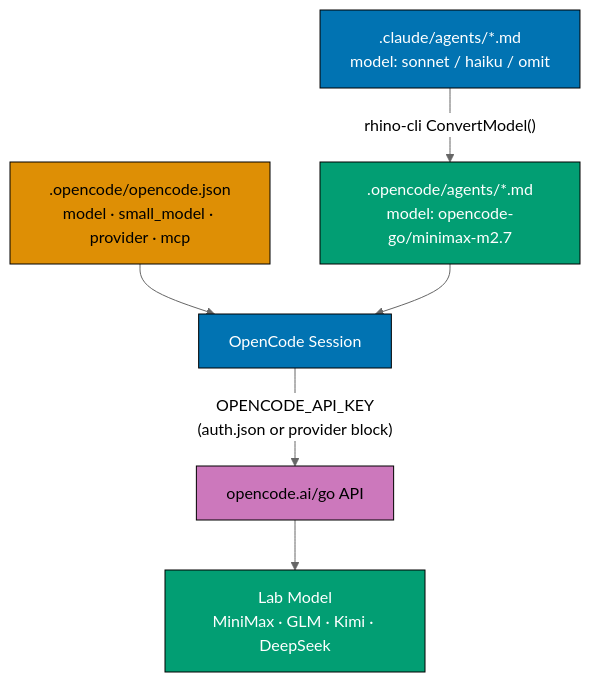
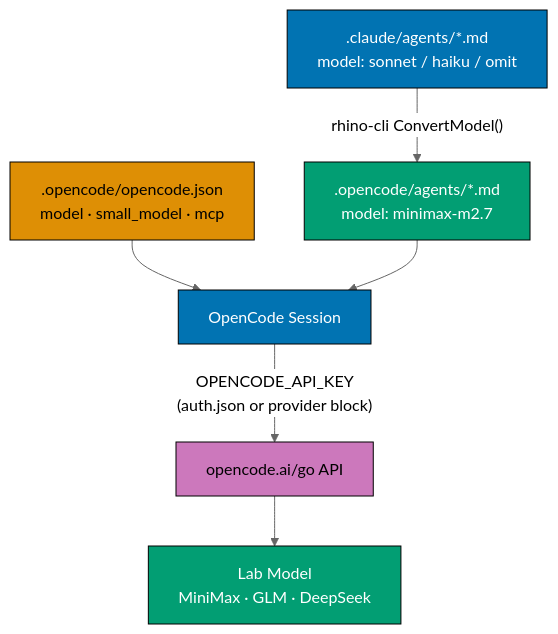
One commit to wahidyankf/ose-public changed the first of 3 diagrams in plans/done/2026-04-30__adopt-opencode-go/tech-docs.md. Above: the diagram before and after it, drawn with Mermaid (neutral theme).

Commit message:
fix(plans): shorten mermaid node labels in adopt-opencode-go tech-docs

````diff
--- a/plans/done/2026-04-30__adopt-opencode-go/tech-docs.md
+++ b/plans/done/2026-04-30__adopt-opencode-go/tech-docs.md
@@ -19,14 +19,14 @@
 ```mermaid
 flowchart TD
-    A[".claude/agents/*.md\nmodel: sonnet / haiku / omit"] -->|"rhino-cli ConvertModel()"| B[".opencode/agents/*.md\nmodel: opencode-go/minimax-m2.7"]
-    C[".opencode/opencode.json\nmodel · small_model · provider · mcp"] --> D["OpenCode Session"]
+    A[".claude/agents/*.md\nmodel: sonnet / haiku / omit"] -->|"rhino-cli ConvertModel()"| B[".opencode/agents/*.md\nmodel: minimax-m2.7"]
+    C[".opencode/opencode.json\nmodel · small_model · mcp"] --> D["OpenCode Session"]
     B --> D
     D -->|"OPENCODE_API_KEY\n(auth.json or provider block)"| E["opencode.ai/go API"]
-    E --> F["Lab Model\nMiniMax · GLM · Kimi · DeepSeek"]
+    E --> F["Lab Model\nMiniMax · GLM · DeepSeek"]
     style A fill:#0173B2,stroke:#000000,color:#FFFFFF
     style B fill:#029E73,stroke:#000000,color:#FFFFFF
     style C fill:#DE8F05,stroke:#000000,color:#000000
     style D fill:#0173B2,stroke:#000000,color:#FFFFFF
     style E fill:#CC78BC,stroke:#000000,color:#000000
     style F fill:#029E73,stroke:#000000,color:#FFFFFF
 ```
````
